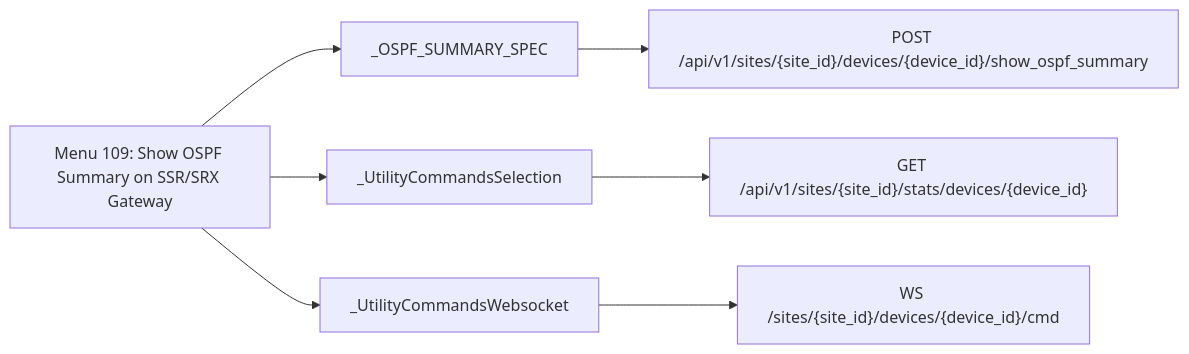
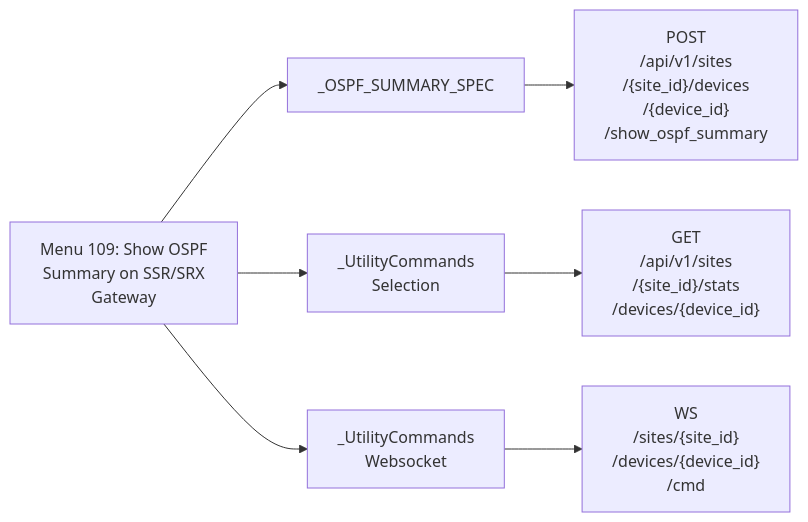
One commit to jmorrison-juniper/MistHelper changed the ninth of 23 diagrams in documentation/menu-api/websocket.md. Above: the diagram before and after it, drawn with Mermaid. The commit also changed other lines of this file and 19 other files, not shown here.

First line of the commit message:
docs(menu-api): fit the Mermaid diagrams to the wiki column

````diff
--- a/documentation/menu-api/websocket.md
+++ b/documentation/menu-api/websocket.md
@@ -297,10 +205,10 @@
 ```mermaid
 flowchart LR
-    menu["Menu 109: Show OSPF Summary on SSR/SRX Gateway"]
+    menu["Menu 109: Show OSPF<br/>Summary on SSR/SRX<br/>Gateway"]
     menu --> c1["_OSPF_SUMMARY_SPEC"]
-    c1 --> e1["POST /api/v1/sites/{site_id}/devices/{device_id}/show_ospf_summary"]
-    menu --> c2["_UtilityCommandsSelection"]
-    c2 --> e2["GET /api/v1/sites/{site_id}/stats/devices/{device_id}"]
-    menu --> c3["_UtilityCommandsWebsocket"]
-    c3 --> e3["WS /sites/{site_id}/devices/{device_id}/cmd"]
+    c1 --> e1["POST<br/>/api/v1/sites<br/>/{site_id}/devices<br/>/{device_id}<br/>/show_ospf_summary"]
+    menu --> c2["_UtilityCommands<br/>Selection"]
+    c2 --> e2["GET<br/>/api/v1/sites<br/>/{site_id}/stats<br/>/devices/{device_id}"]
+    menu --> c3["_UtilityCommands<br/>Websocket"]
+    c3 --> e3["WS<br/>/sites/{site_id}<br/>/devices/{device_id}<br/>/cmd"]
 ```
````
